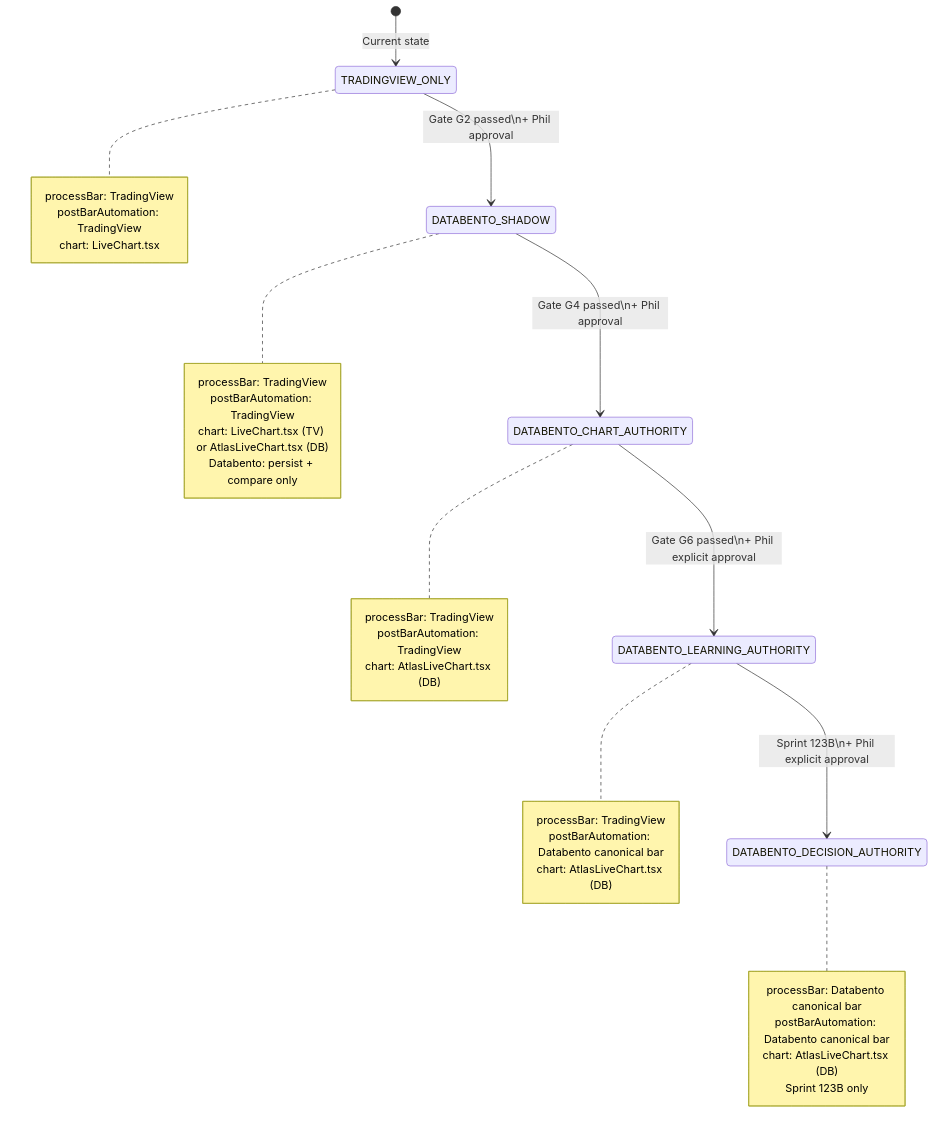
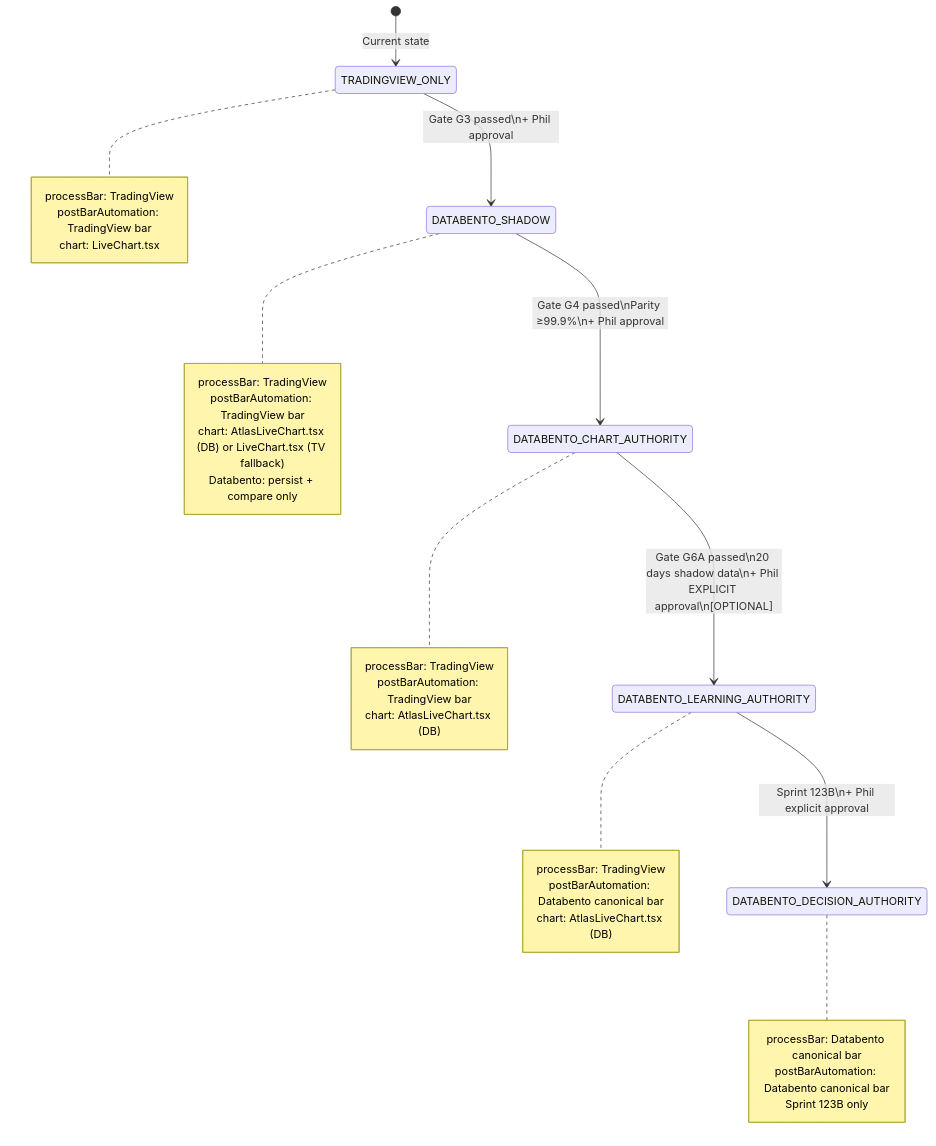
One commit to SFGrowth/Project-Atlas changed the fifth of 5 diagrams in docs/architecture/SPRINT_123A_DEPENDENCY_DIAGRAM.md. Above: the diagram before and after it, drawn with Mermaid. The commit also changed other lines of this file and 9 other files, not shown here.

````diff
--- a/docs/architecture/SPRINT_123A_DEPENDENCY_DIAGRAM.md
+++ b/docs/architecture/SPRINT_123A_DEPENDENCY_DIAGRAM.md
@@ -114,40 +181,39 @@
 ```mermaid
 stateDiagram-v2
     [*] --> TRADINGVIEW_ONLY : Current state
-    TRADINGVIEW_ONLY --> DATABENTO_SHADOW : Gate G2 passed\n+ Phil approval
-    DATABENTO_SHADOW --> DATABENTO_CHART_AUTHORITY : Gate G4 passed\n+ Phil approval
-    DATABENTO_CHART_AUTHORITY --> DATABENTO_LEARNING_AUTHORITY : Gate G6 passed\n+ Phil explicit approval
+    TRADINGVIEW_ONLY --> DATABENTO_SHADOW : Gate G3 passed\n+ Phil approval
+    DATABENTO_SHADOW --> DATABENTO_CHART_AUTHORITY : Gate G4 passed\nParity ≥99.9%\n+ Phil approval
+    DATABENTO_CHART_AUTHORITY --> DATABENTO_LEARNING_AUTHORITY : Gate G6A passed\n20 days shadow data\n+ Phil EXPLICIT approval\n[OPTIONAL]
     DATABENTO_LEARNING_AUTHORITY --> DATABENTO_DECISION_AUTHORITY : Sprint 123B\n+ Phil explicit approval
 
     note right of TRADINGVIEW_ONLY
         processBar: TradingView
-        postBarAutomation: TradingView
+        postBarAutomation: TradingView bar
         chart: LiveChart.tsx
     end note
 
     note right of DATABENTO_SHADOW
         processBar: TradingView
-        postBarAutomation: TradingView
-        chart: LiveChart.tsx (TV) or AtlasLiveChart.tsx (DB)
+        postBarAutomation: TradingView bar
+        chart: AtlasLiveChart.tsx (DB) or LiveChart.tsx (TV fallback)
         Databento: persist + compare only
     end note
 
     note right of DATABENTO_CHART_AUTHORITY
         processBar: TradingView
-        postBarAutomation: TradingView
+        postBarAutomation: TradingView bar
         chart: AtlasLiveChart.tsx (DB)
     end note
 
     note right of DATABENTO_LEARNING_AUTHORITY
         processBar: TradingView
         postBarAutomation: Databento canonical bar
         chart: AtlasLiveChart.tsx (DB)
     end note
 
     note right of DATABENTO_DECISION_AUTHORITY
         processBar: Databento canonical bar
         postBarAutomation: Databento canonical bar
-        chart: AtlasLiveChart.tsx (DB)
         Sprint 123B only
     end note
 ```
````
